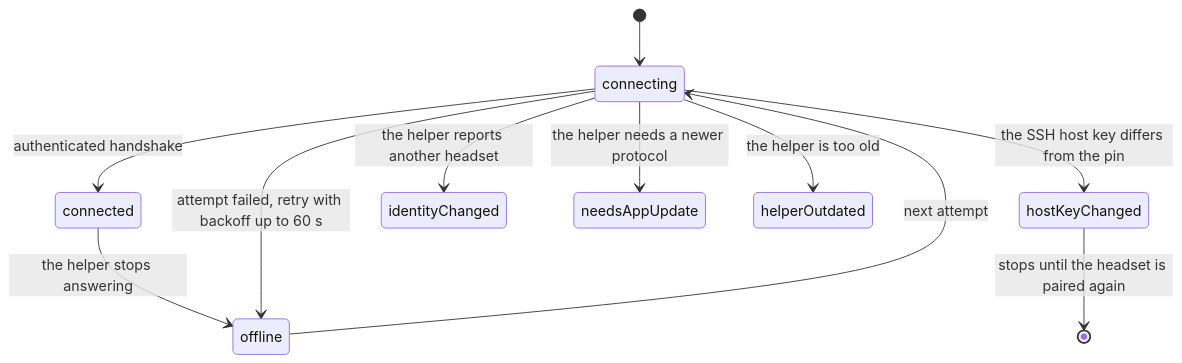
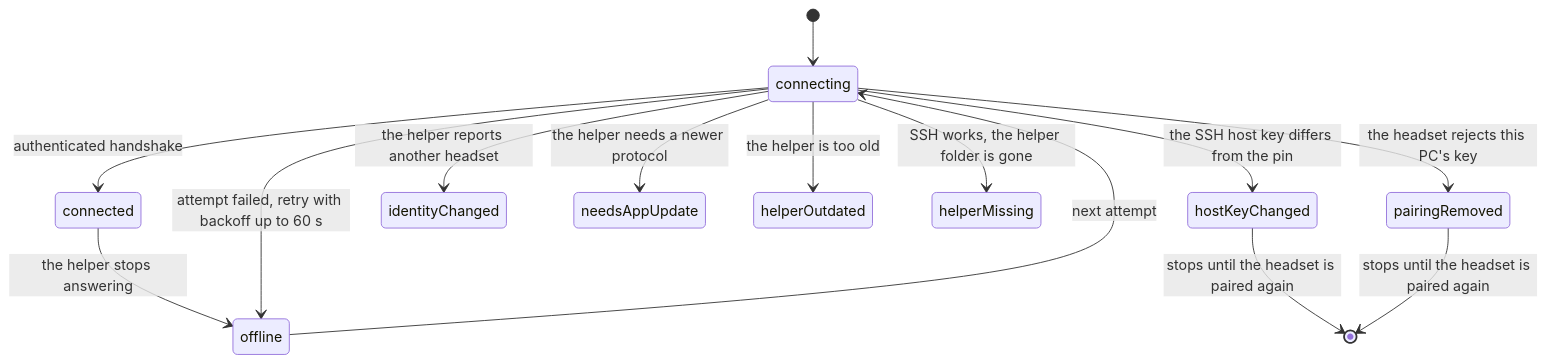
The fifth of 6 diagrams in docs/agents/steam-frame-pairing.md (Raphiiko/OyasumiVR), drawn with Mermaid before and after one commit. The commit also changed other lines of this file and 16 other files, not shown here.

````diff
--- a/docs/agents/steam-frame-pairing.md
+++ b/docs/agents/steam-frame-pairing.md
@@ -157,13 +158,16 @@
 ```mermaid
 stateDiagram-v2
   [*] --> connecting
   connecting --> connected: authenticated handshake
   connected --> offline: the helper stops answering
   connecting --> offline: attempt failed, retry with backoff up to 60 s
   offline --> connecting: next attempt
   connecting --> hostKeyChanged: the SSH host key differs from the pin
   connecting --> identityChanged: the helper reports another headset
   connecting --> needsAppUpdate: the helper needs a newer protocol
   connecting --> helperOutdated: the helper is too old
+  connecting --> helperMissing: SSH works, the helper folder is gone
+  connecting --> pairingRemoved: the headset rejects this PC's key
   hostKeyChanged --> [*]: stops until the headset is paired again
+  pairingRemoved --> [*]: stops until the headset is paired again
 ```
````
